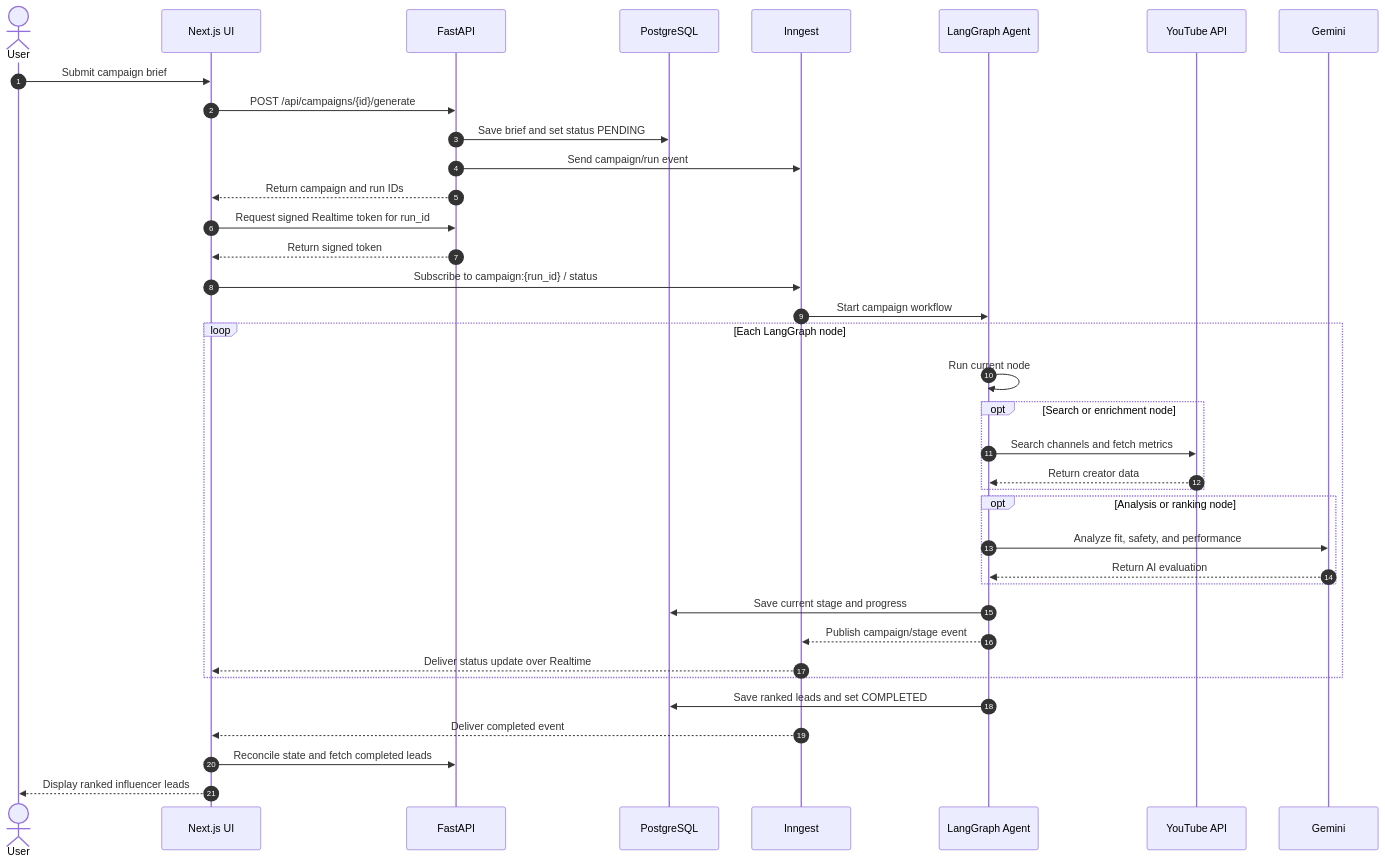
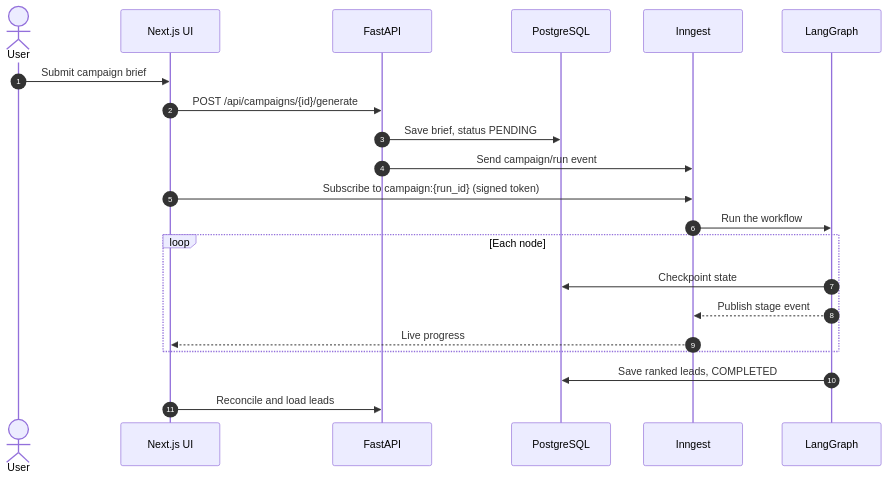
One commit to Srijan76-code/ReachAi-InfluencerMarketing changed the second of 2 diagrams in README.md. Above: the diagram before and after it, drawn with Mermaid. The commit also changed other lines of this file and 6 other files, not shown here.

````diff
--- a/README.md
+++ b/README.md
@@ -92,42 +166,24 @@
 ```mermaid
 sequenceDiagram
   autonumber
   actor User
   participant UI as Next.js UI
   participant API as FastAPI
   participant DB as PostgreSQL
   participant Inngest
-  participant Graph as LangGraph Agent
-  participant YouTube as YouTube API
-  participant Gemini
+  participant Graph as LangGraph
 
   User->>UI: Submit campaign brief
   UI->>API: POST /api/campaigns/{id}/generate
-  API->>DB: Save brief and set status PENDING
+  API->>DB: Save brief, status PENDING
   API->>Inngest: Send campaign/run event
-  API-->>UI: Return campaign and run IDs
-  UI->>API: Request signed Realtime token for run_id
-  API-->>UI: Return signed token
-  UI->>Inngest: Subscribe to campaign:{run_id} / status
-
-  Inngest->>Graph: Start campaign workflow
-  loop Each LangGraph node
-    Graph->>Graph: Run current node
-    opt Search or enrichment node
-      Graph->>YouTube: Search channels and fetch metrics
-      YouTube-->>Graph: Return creator data
-    end
-    opt Analysis or ranking node
-      Graph->>Gemini: Analyze fit, safety, and performance
-      Gemini-->>Graph: Return AI evaluation
-    end
-    Graph->>DB: Save current stage and progress
-    Graph-->>Inngest: Publish campaign/stage event
-    Inngest-->>UI: Deliver status update over Realtime
+  UI->>Inngest: Subscribe to campaign:{run_id} (signed token)
+  Inngest->>Graph: Run the workflow
+  loop Each node
+    Graph->>DB: Checkpoint state
+    Graph-->>Inngest: Publish stage event
+    Inngest-->>UI: Live progress
   end
-
-  Graph->>DB: Save ranked leads and set COMPLETED
-  Inngest-->>UI: Deliver completed event
-  UI->>API: Reconcile state and fetch completed leads
-  UI-->>User: Display ranked influencer leads
+  Graph->>DB: Save ranked leads, COMPLETED
+  UI->>API: Reconcile and load leads
 ```
````
